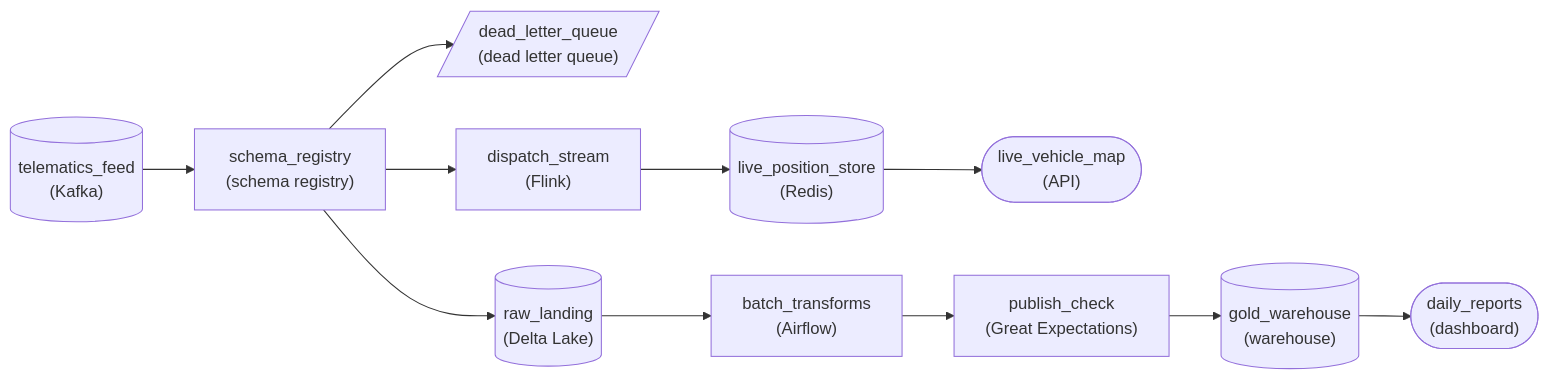
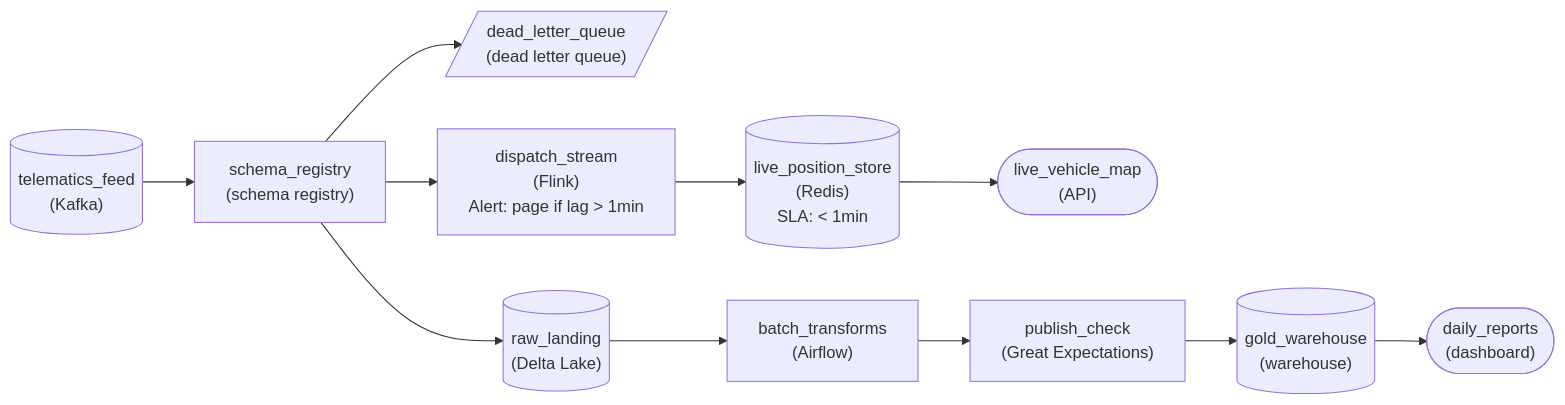
One commit to Dulain-Willis/study-helper changed the third of 4 diagrams in lesson_preview/interview/architecture/pa_pattern_design_pipeline_advanced.md. Above: the diagram before and after it, drawn with Mermaid. The commit also changed other lines of this file and 26 other files, not shown here.

First line of the commit message:
Mermaid diagrams: show tags and extra values inside each node (#43)

````diff
--- a/lesson_preview/interview/architecture/pa_pattern_design_pipeline_advanced.md
+++ b/lesson_preview/interview/architecture/pa_pattern_design_pipeline_advanced.md
@@ -686,24 +686,24 @@
 ```mermaid
 flowchart LR
     n0[("telematics_feed<br/>(Kafka)")]
     n1["schema_registry<br/>(schema registry)"]
     n2[/"dead_letter_queue<br/>(dead letter queue)"/]
-    n3["dispatch_stream<br/>(Flink)"]
-    n4[("live_position_store<br/>(Redis)")]
+    n3["dispatch_stream<br/>(Flink)<br/>Alert: page if lag #62; 1min"]
+    n4[("live_position_store<br/>(Redis)<br/>SLA: #60; 1min")]
     n5(["live_vehicle_map<br/>(API)"])
     n6[("raw_landing<br/>(Delta Lake)")]
     n7["batch_transforms<br/>(Airflow)"]
     n8["publish_check<br/>(Great Expectations)"]
     n9[("gold_warehouse<br/>(warehouse)")]
     n10(["daily_reports<br/>(dashboard)"])
     n0 --> n1
     n1 --> n2
     n1 --> n3
     n3 --> n4
     n4 --> n5
     n1 --> n6
     n6 --> n7
     n7 --> n8
     n8 --> n9
     n9 --> n10
 ```
````
